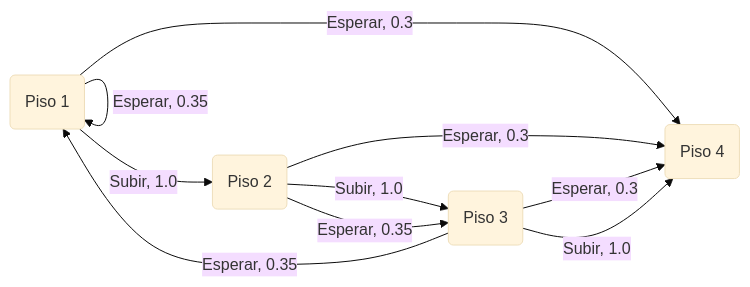
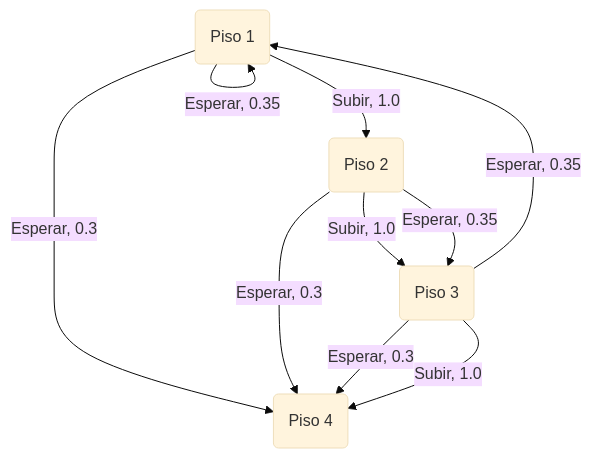
Before and after one commit to BRJoaquin/ia-obsidian: the second of 2 diagrams in Agentes inteligentes/Practico/MDP y Programación dinámica/Escaleras mágicas.md, drawn with Mermaid (base theme).

Commit message:
vault backup: 2023-04-09 20:24:48

````diff
--- a/Agentes inteligentes/Practico/MDP y Programación dinámica/Escaleras mágicas.md
+++ b/Agentes inteligentes/Practico/MDP y Programación dinámica/Escaleras mágicas.md
@@ -89,12 +89,12 @@
 ```mermaid
-graph LR
+graph TD
     A(Piso 1) -->|Subir, 1.0| B(Piso 2)
     A -->|Esperar, 0.35| A
     A -->|Esperar, 0.3| D(Piso 4)
     B -->|Subir, 1.0| C(Piso 3)
     B -->|Esperar, 0.35| C
     B -->|Esperar, 0.3| D
     C -->|Esperar, 0.35| A
     C -->|Esperar, 0.3| D
     C -->|Subir, 1.0| D
 ```
````
